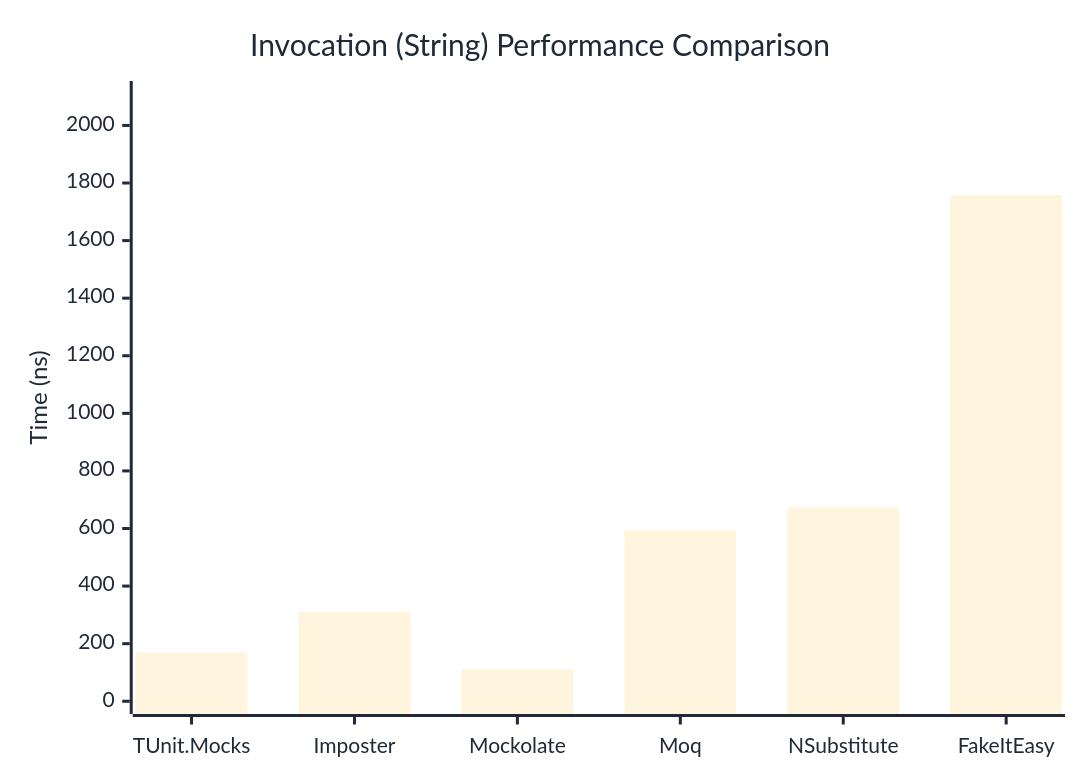
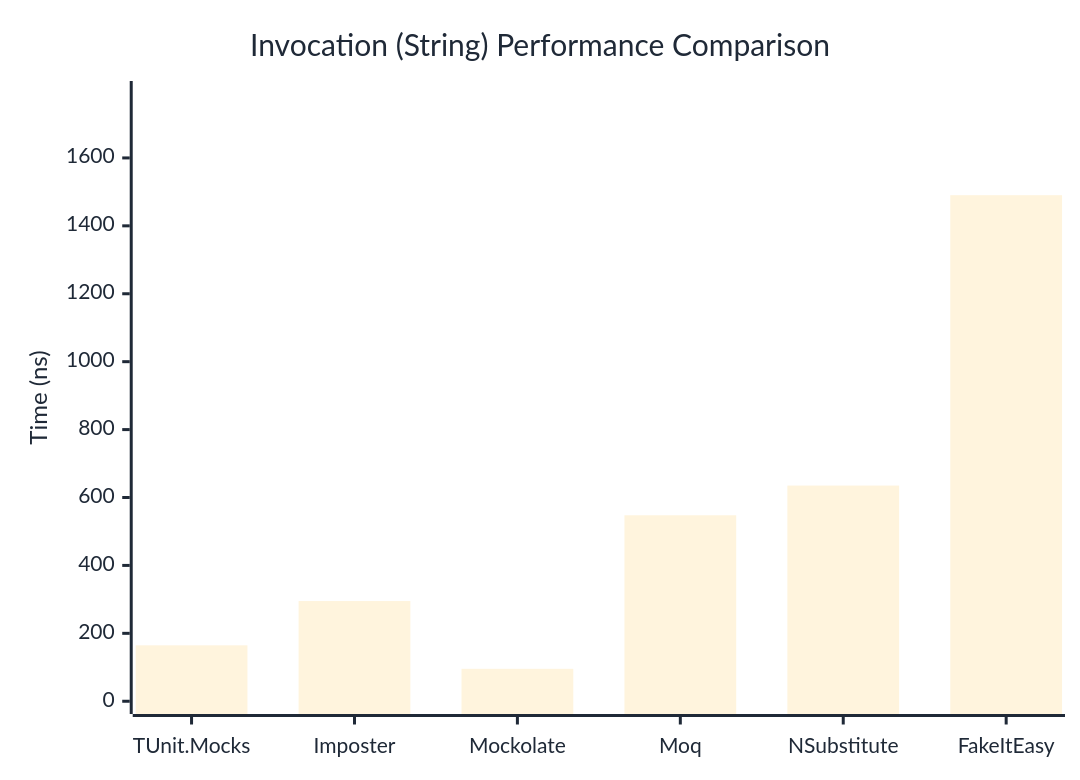
Before and after one commit to thomhurst/TUnit: the second of 3 diagrams in docs/docs/benchmarks/mocks/Invocation.md, drawn with Mermaid. The commit also changed other lines of this file and 14 other files, not shown here.

````diff
--- a/docs/docs/benchmarks/mocks/Invocation.md
+++ b/docs/docs/benchmarks/mocks/Invocation.md
@@ -71,27 +71,27 @@
 ```mermaid
 %%{init: {
   'theme':'base',
   'themeVariables': {
     'primaryColor': '#2563eb',
     'primaryTextColor': '#1f2937',
     'primaryBorderColor': '#1e40af',
     'lineColor': '#6b7280',
     'secondaryColor': '#7c3aed',
     'tertiaryColor': '#dc2626',
     'background': '#ffffff',
     'pie1': '#2563eb',
     'pie2': '#7c3aed',
     'pie3': '#dc2626',
     'pie4': '#f59e0b',
     'pie5': '#10b981',
     'pie6': '#06b6d4',
     'pie7': '#ec4899',
     'pie8': '#6366f1'
   }
 }}%%
 xychart-beta
   title "Invocation (String) Performance Comparison"
   x-axis ["TUnit.Mocks", "Imposter", "Mockolate", "Moq", "NSubstitute", "FakeItEasy"]
-  y-axis "Time (ns)" 0 --> 2110
-  bar [168.5, 311.4, 110.5, 592.9, 673.5, 1758.3]
+  y-axis "Time (ns)" 0 --> 1789
+  bar [164.71, 295.07, 95.49, 547.7, 635.19, 1490.29]
 ```
````
